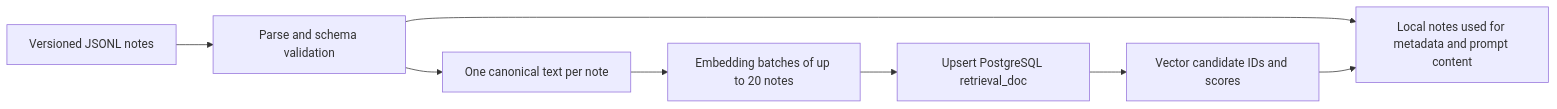
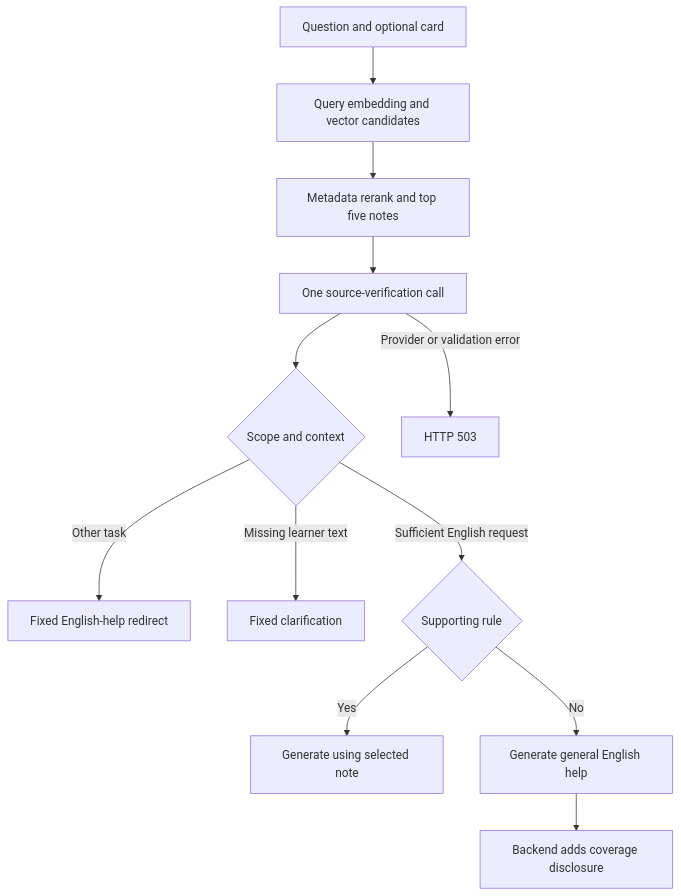
The diagram in docs/RAG_ENGINEERING_CASE_STUDY.md (JefferyLiu6/linguaflow), drawn with Mermaid before and after one commit. The commit also changed other lines of this file and 6 other files, not shown here.

````diff
--- a/docs/RAG_ENGINEERING_CASE_STUDY.md
+++ b/docs/RAG_ENGINEERING_CASE_STUDY.md
@@ -102,10 +61,14 @@
 ```mermaid
-flowchart LR
-  A[Versioned JSONL notes] --> B[Parse and schema validation]
-  B --> C[One canonical text per note]
-  C --> D[Embedding batches of up to 20 notes]
-  D --> E[Upsert PostgreSQL retrieval_doc]
-  B --> F[Local notes used for metadata and prompt content]
-  E --> G[Vector candidate IDs and scores]
-  G --> F
+flowchart TD
+    Q[Question and optional card] --> E[Query embedding and vector candidates]
+    E --> R[Metadata rerank and top five notes]
+    R --> V[One source-verification call]
+    V --> S{Scope and context}
+    S -->|Other task| O[Fixed English-help redirect]
+    S -->|Missing learner text| C[Fixed clarification]
+    S -->|Sufficient English request| A{Supporting rule}
+    A -->|Yes| G[Generate using selected note]
+    A -->|No| K[Generate general English help]
+    K --> D[Backend adds coverage disclosure]
+    V -->|Provider or validation error| X[HTTP 503]
 ```
````
